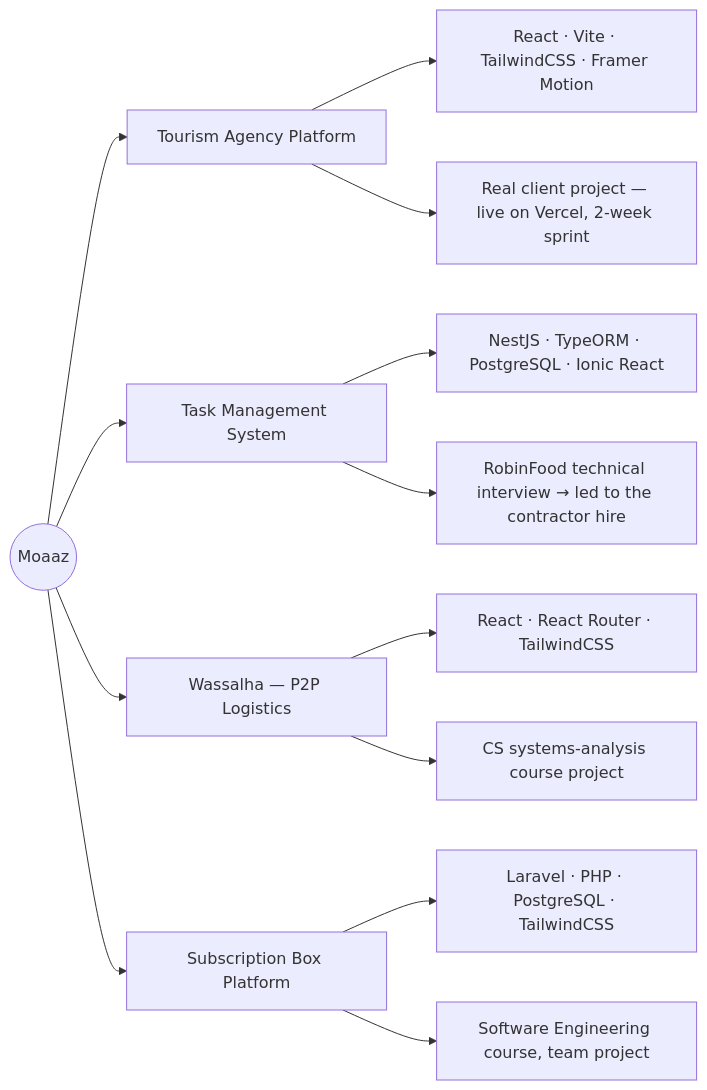
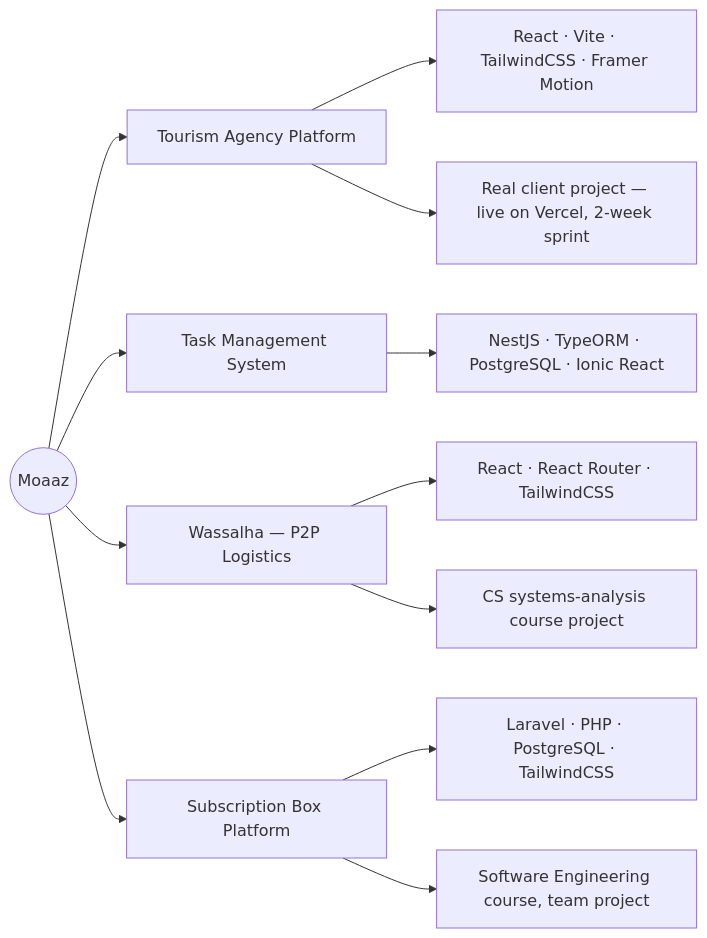
Before and after one commit to MoaazHF/MoaazHF: the first of 3 diagrams in README.md, drawn with Mermaid.

````diff
--- a/README.md
+++ b/README.md
@@ -35,20 +35,19 @@
 ```mermaid
 flowchart LR
     ME((Moaaz))
 
     ME --> P1[Tourism Agency Platform]
     P1 --> P1a["React · Vite · TailwindCSS · Framer Motion"]
     P1 --> P1b["Real client project — live on Vercel, 2-week sprint"]
 
     ME --> P2[Task Management System]
     P2 --> P2a["NestJS · TypeORM · PostgreSQL · Ionic React"]
-    P2 --> P2b["RobinFood technical interview → led to the contractor hire"]
 
     ME --> P3[Wassalha — P2P Logistics]
     P3 --> P3a["React · React Router · TailwindCSS"]
     P3 --> P3b["CS systems-analysis course project"]
 
     ME --> P4[Subscription Box Platform]
     P4 --> P4a["Laravel · PHP · PostgreSQL · TailwindCSS"]
     P4 --> P4b["Software Engineering course, team project"]
 ```
````
